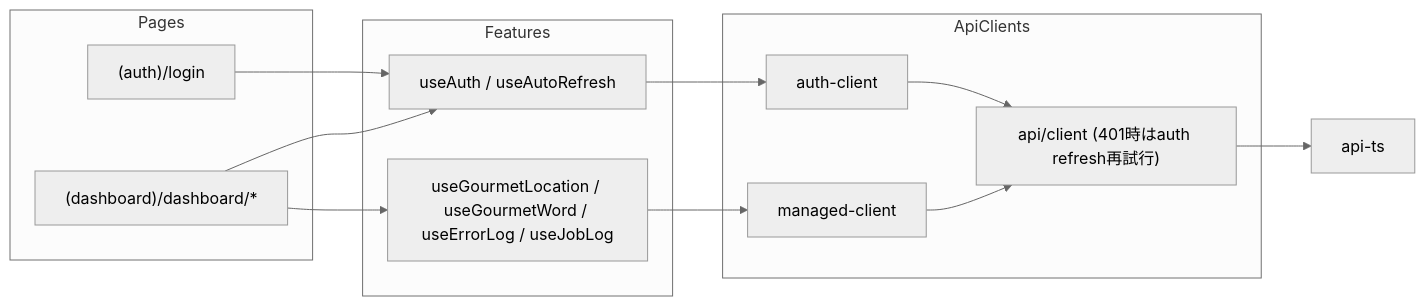
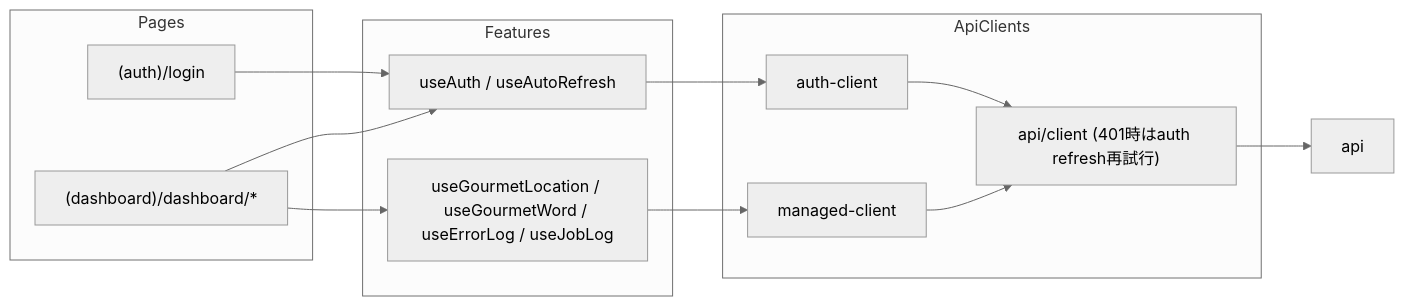
Before and after one commit to agts86/G-Searcher: the third of 4 diagrams in Architect.md, drawn with Mermaid (neutral theme). The commit also changed other lines of this file and 130 other files, not shown here.

````diff
--- a/Architect.md
+++ b/Architect.md
@@ -91,27 +91,27 @@
 ```mermaid
 graph LR
     subgraph Pages
       Login["(auth)/login"]
       Dashboard["(dashboard)/dashboard/*"]
     end
 
     subgraph Features
       UseAuth["useAuth / useAutoRefresh"]
       UseLogs["useGourmetLocation / useGourmetWord / useErrorLog / useJobLog"]
     end
 
     subgraph ApiClients
       AuthClient["auth-client"]
       ManagedClient["managed-client"]
       Client["api/client (401時はauth refresh再試行)"]
     end
 
-    Api["api-ts"]
+    Api["api"]
 
     Login --> UseAuth
     Dashboard --> UseAuth
     Dashboard --> UseLogs
     UseAuth --> AuthClient --> Client
     UseLogs --> ManagedClient --> Client
     Client --> Api
 ```
````
